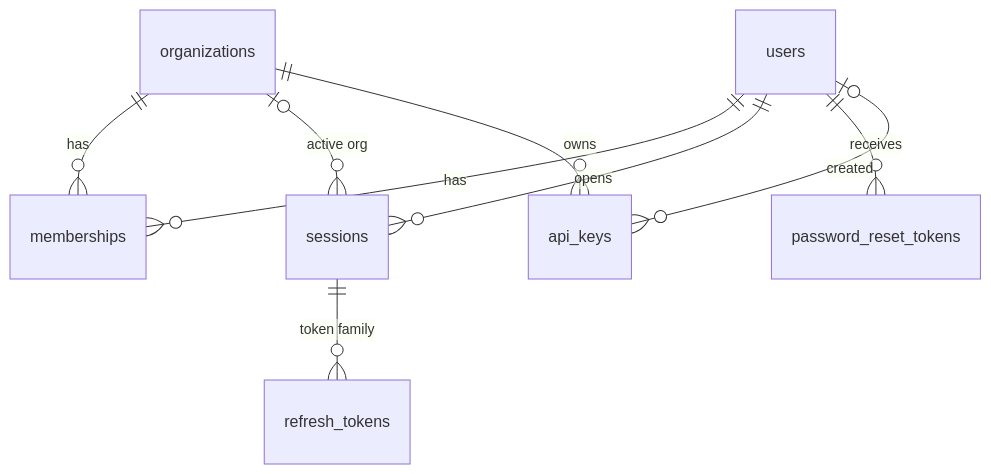
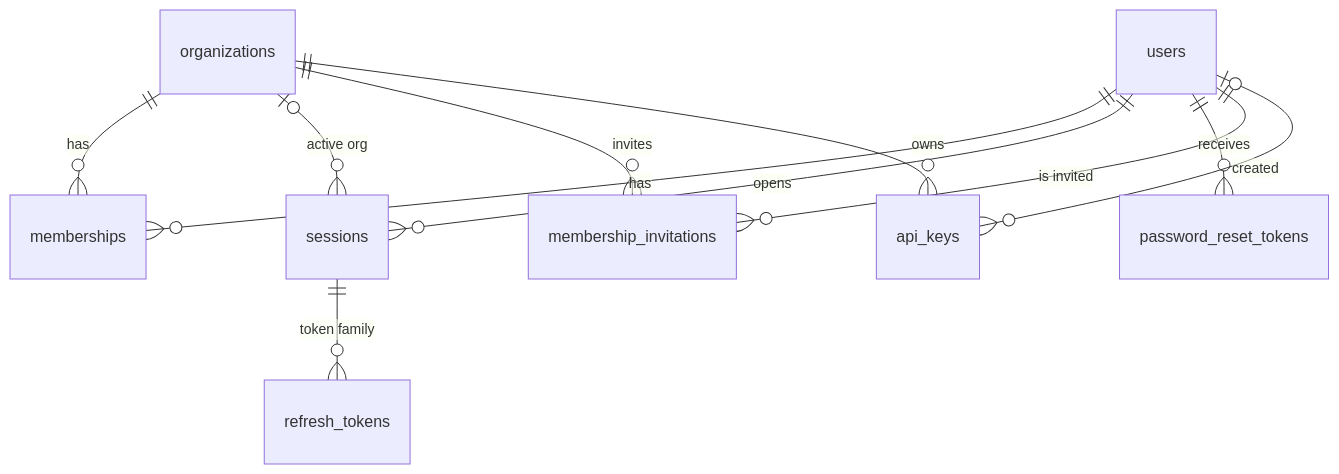
One commit to DarmawanWeb/ais-its-auth-service changed the second of 2 diagrams in README.md. Above: the diagram before and after it, drawn with Mermaid. The commit also changed other lines of this file and 68 other files, not shown here.

````diff
--- a/README.md
+++ b/README.md
@@ -106,11 +109,13 @@
 ```mermaid
 erDiagram
   organizations ||--o{ memberships : has
   users ||--o{ memberships : has
   users ||--o{ sessions : opens
   organizations |o--o{ sessions : "active org"
   sessions ||--o{ refresh_tokens : "token family"
   users ||--o{ password_reset_tokens : receives
+  organizations ||--o{ membership_invitations : invites
+  users ||--o{ membership_invitations : "is invited"
   organizations ||--o{ api_keys : owns
   users |o--o{ api_keys : created
 ```
````
